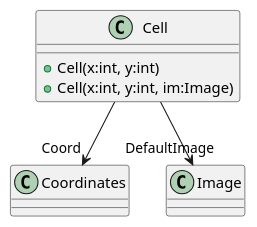
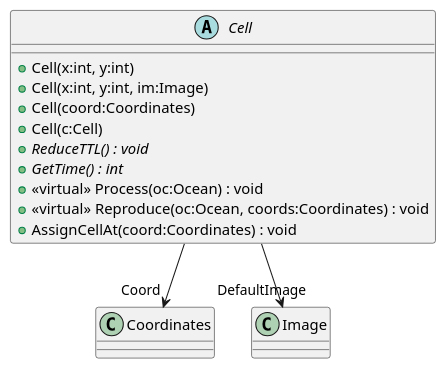
The diagram in plantuml/OceanLife/Cell.puml (19vano97/levelUpOOP), drawn with PlantUML before and after one commit. The commit also changed 33 other files, not shown here.

```diff
--- a/plantuml/OceanLife/Cell.puml
+++ b/plantuml/OceanLife/Cell.puml
@@ -1,8 +1,15 @@
 @startuml
-class Cell {
+abstract class Cell {
     + Cell(x:int, y:int)
     + Cell(x:int, y:int, im:Image)
+    + Cell(coord:Coordinates)
+    + Cell(c:Cell)
+    + {abstract} ReduceTTL() : void
+    + {abstract} GetTime() : int
+    + <<virtual>> Process(oc:Ocean) : void
+    + <<virtual>> Reproduce(oc:Ocean, coords:Coordinates) : void
+    + AssignCellAt(coord:Coordinates) : void
 }
 Cell --> "Coord" Coordinates
 Cell --> "DefaultImage" Image
 @enduml
```
